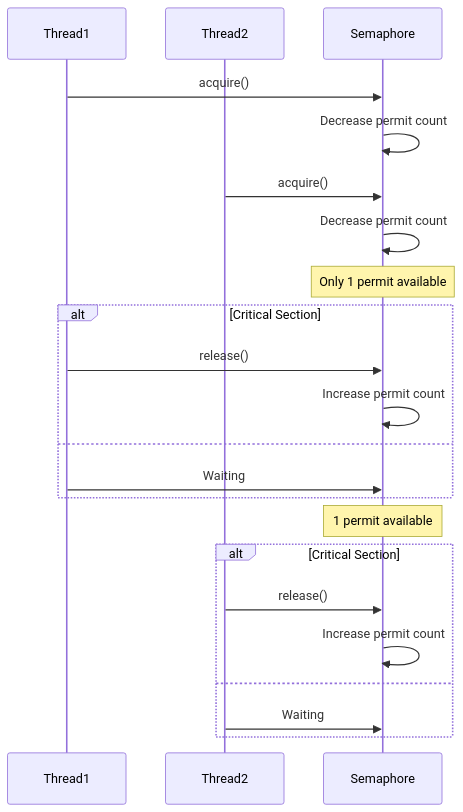
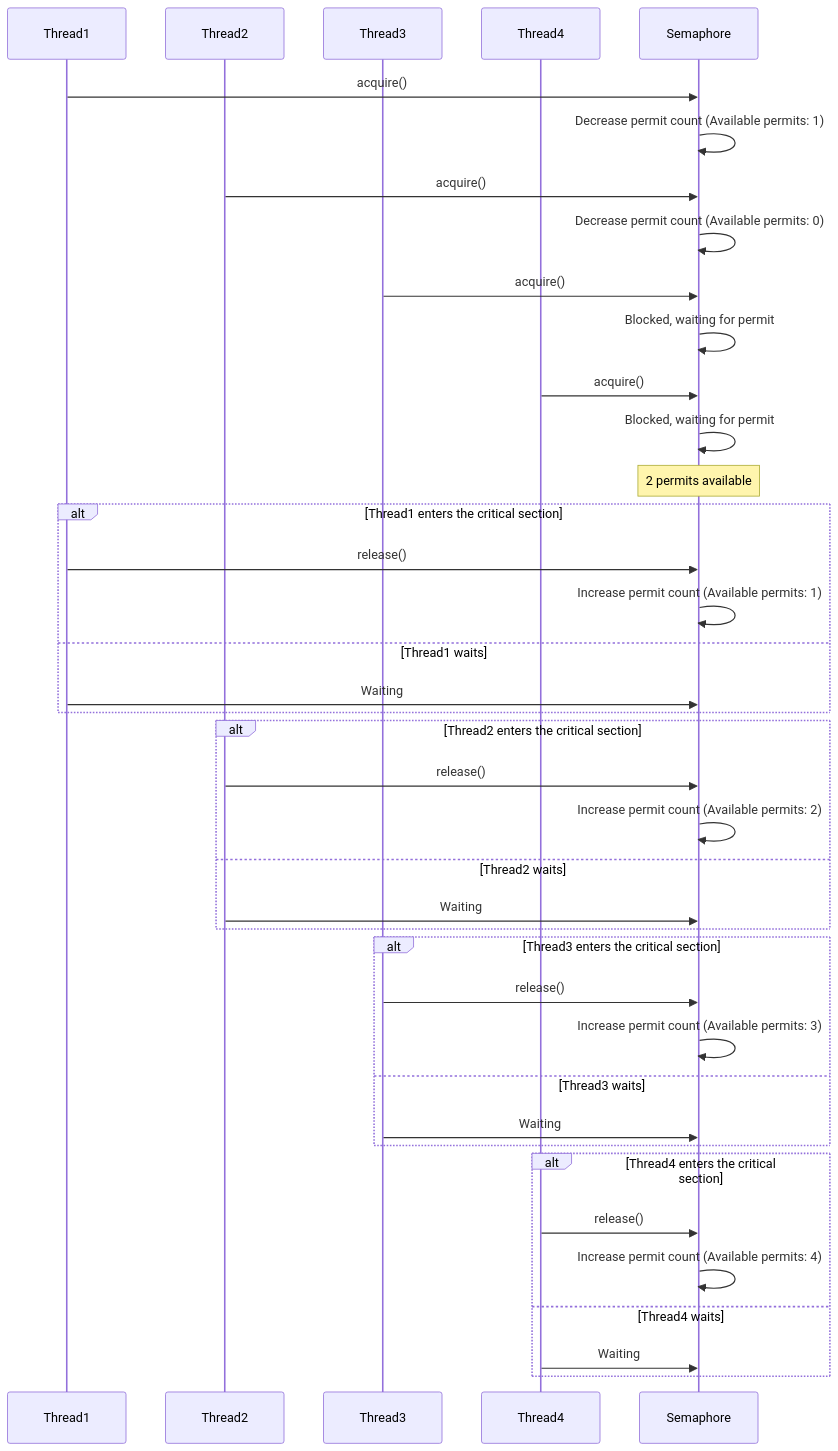
One commit to dtherhtun/Learning-Java changed the first of 5 diagrams in src/com/turing/javase4thbatch/synchronizers/README.md. Above: the diagram before and after it, drawn with Mermaid. The commit also changed other lines of this file, not shown here.

````diff
--- a/src/com/turing/javase4thbatch/synchronizers/README.md
+++ b/src/com/turing/javase4thbatch/synchronizers/README.md
@@ -5,29 +5,48 @@
 ```mermaid
 sequenceDiagram
     participant Thread1
     participant Thread2
+    participant Thread3
+    participant Thread4
     participant Semaphore
 
     Thread1->>Semaphore: acquire()
-    Semaphore->>Semaphore: Decrease permit count
+    Semaphore->>Semaphore: Decrease permit count (Available permits: 1)
     Thread2->>Semaphore: acquire()
-    Semaphore->>Semaphore: Decrease permit count
+    Semaphore->>Semaphore: Decrease permit count (Available permits: 0)
+    Thread3->>Semaphore: acquire()
+    Semaphore->>Semaphore: Blocked, waiting for permit
+    Thread4->>Semaphore: acquire()
+    Semaphore->>Semaphore: Blocked, waiting for permit
 
-    Note over Semaphore: Only 1 permit available
+    Note over Semaphore: 2 permits available
 
-    alt Critical Section
+    alt Thread1 enters the critical section
         Thread1->>Semaphore: release()
-        Semaphore->>Semaphore: Increase permit count
-    else
+        Semaphore->>Semaphore: Increase permit count (Available permits: 1)
+    else Thread1 waits
         Thread1->>Semaphore: Waiting
     end
 
-    Note over Semaphore: 1 permit available
-
-    alt Critical Section
+    alt Thread2 enters the critical section
         Thread2->>Semaphore: release()
-        Semaphore->>Semaphore: Increase permit count
-    else
+        Semaphore->>Semaphore: Increase permit count (Available permits: 2)
+    else Thread2 waits
         Thread2->>Semaphore: Waiting
     end
+
+    alt Thread3 enters the critical section
+        Thread3->>Semaphore: release()
+        Semaphore->>Semaphore: Increase permit count (Available permits: 3)
+    else Thread3 waits
+        Thread3->>Semaphore: Waiting
+    end
+
+    alt Thread4 enters the critical section
+        Thread4->>Semaphore: release()
+        Semaphore->>Semaphore: Increase permit count (Available permits: 4)
+    else Thread4 waits
+        Thread4->>Semaphore: Waiting
+    end
+
 ```
````
